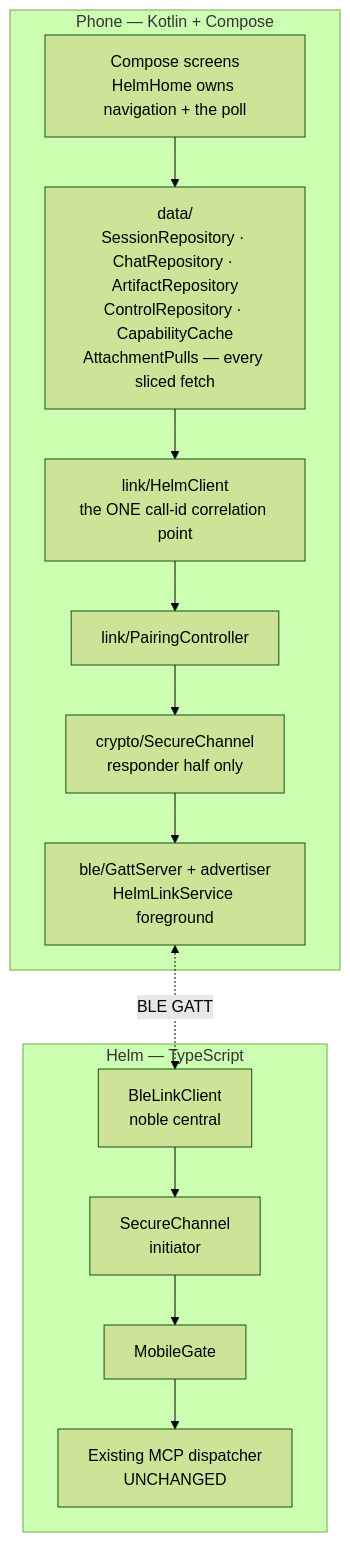
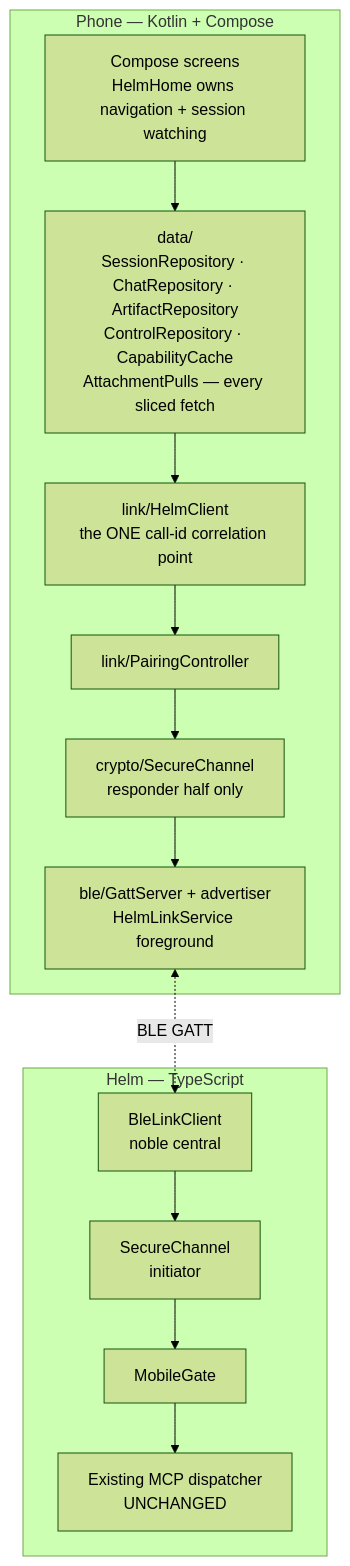
Before and after one commit to PetePeter/helm: the first of 6 diagrams in docs/mobile-app.md, drawn with Mermaid (forest theme). The commit also changed other lines of this file and 30 other files, not shown here.

````diff
--- a/docs/mobile-app.md
+++ b/docs/mobile-app.md
@@ -24,24 +24,24 @@
 ```mermaid
 graph TB
     subgraph "Phone — Kotlin + Compose"
-        UI[Compose screens<br/>HelmHome owns navigation + the poll]
+        UI[Compose screens<br/>HelmHome owns navigation + session watching]
         REPO[data/<br/>SessionRepository · ChatRepository · ArtifactRepository<br/>ControlRepository · CapabilityCache<br/>AttachmentPulls — every sliced fetch]
         HC[link/HelmClient<br/>the ONE call-id correlation point]
         PC[link/PairingController]
         SCK[crypto/SecureChannel<br/>responder half only]
         GATT[ble/GattServer + advertiser<br/>HelmLinkService foreground]
     end
 
     subgraph "Helm — TypeScript"
         BLC[BleLinkClient<br/>noble central]
         SC[SecureChannel<br/>initiator]
         GATE[MobileGate]
         MCP[Existing MCP dispatcher<br/>UNCHANGED]
     end
 
     UI --> REPO
     REPO --> HC
     HC --> PC --> SCK --> GATT
     GATT <-.->|BLE GATT| BLC
     BLC --> SC --> GATE --> MCP
 ```
````
